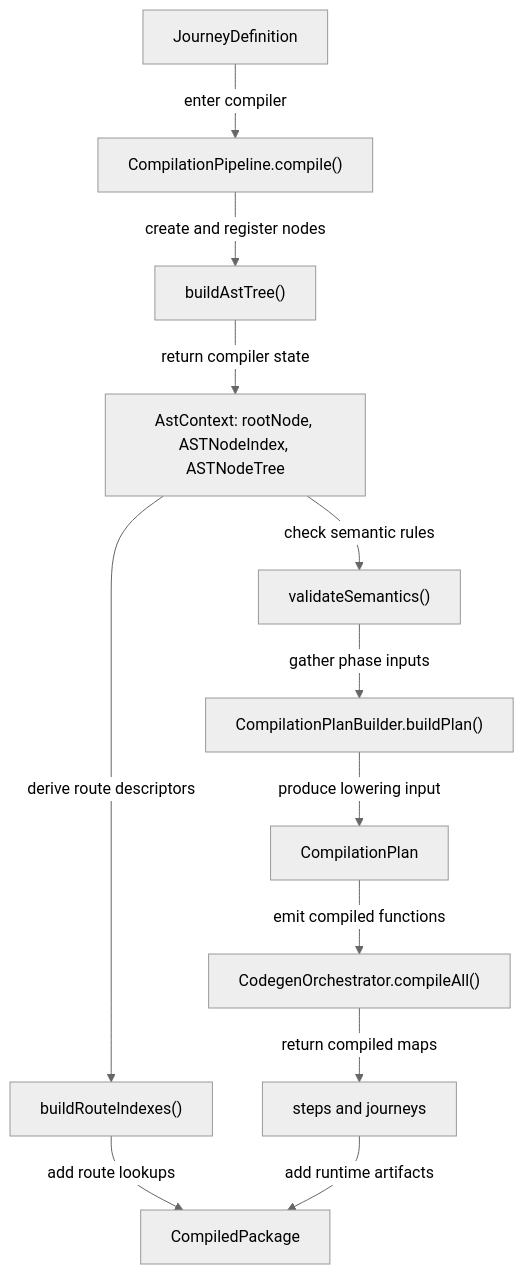
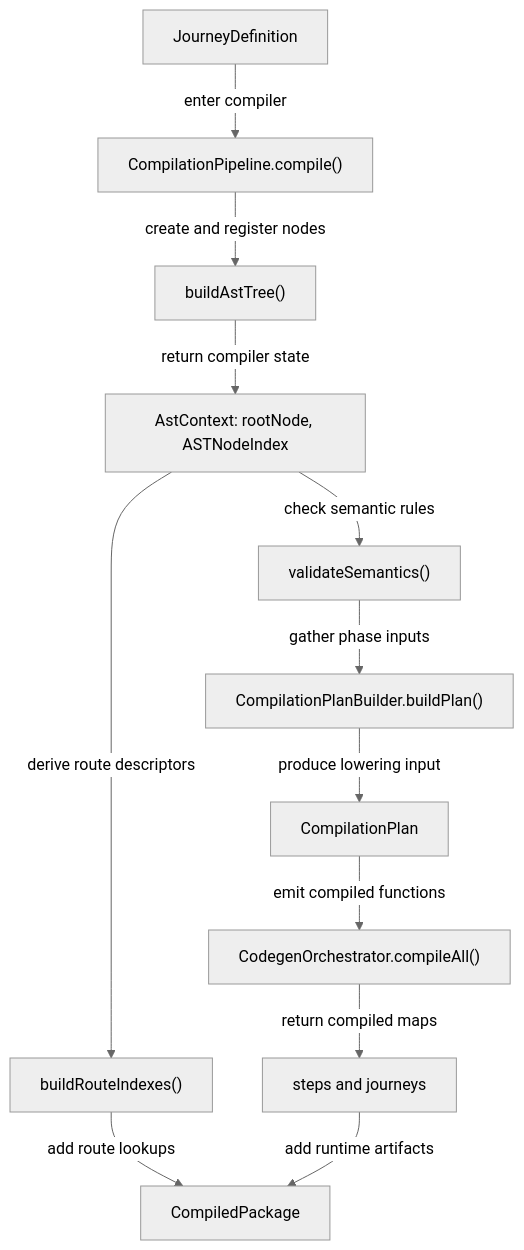
Before and after one commit to ministryofjustice/hmpps-forge: the first of 2 diagrams in packages/forge-core/src/engine/compilation/README.md, drawn with Mermaid (neutral theme). The commit also changed other lines of this file and 23 other files, not shown here.

````diff
--- a/packages/forge-core/src/engine/compilation/README.md
+++ b/packages/forge-core/src/engine/compilation/README.md
@@ -78,14 +80,14 @@
 ```mermaid
 flowchart TD
   journeyDefinition["JourneyDefinition"] -->|enter compiler| pipeline["CompilationPipeline.compile()"]
   pipeline -->|create and register nodes| ast["buildAstTree()"]
-  ast -->|return compiler state| astContext["AstContext: rootNode, ASTNodeIndex, ASTNodeTree"]
+  ast -->|return compiler state| astContext["AstContext: rootNode, ASTNodeIndex"]
   astContext -->|check semantic rules| semantics["validateSemantics()"]
   semantics -->|gather phase inputs| dependency["CompilationPlanBuilder.buildPlan()"]
   dependency -->|produce lowering input| plan["CompilationPlan"]
   plan -->|emit compiled functions| lowering["CodegenOrchestrator.compileAll()"]
   lowering -->|return compiled maps| compiledMaps["steps and journeys"]
   astContext -->|derive route descriptors| routes["buildRouteIndexes()"]
   routes -->|add route lookups| result["CompiledPackage"]
   compiledMaps -->|add runtime artifacts| result
 ```
````
